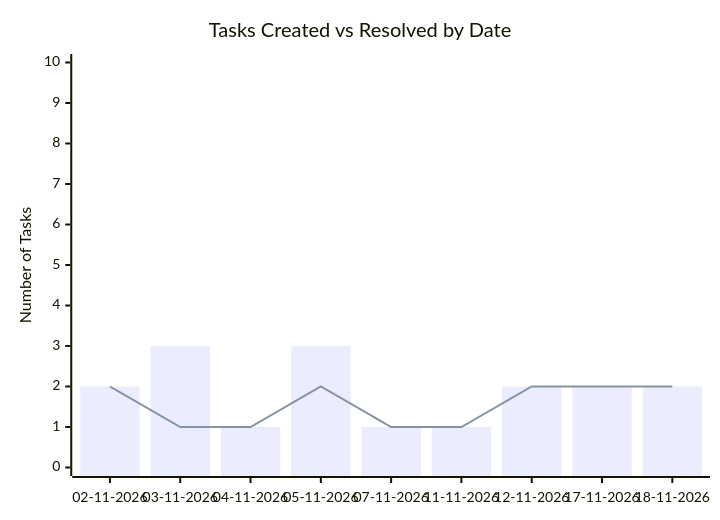
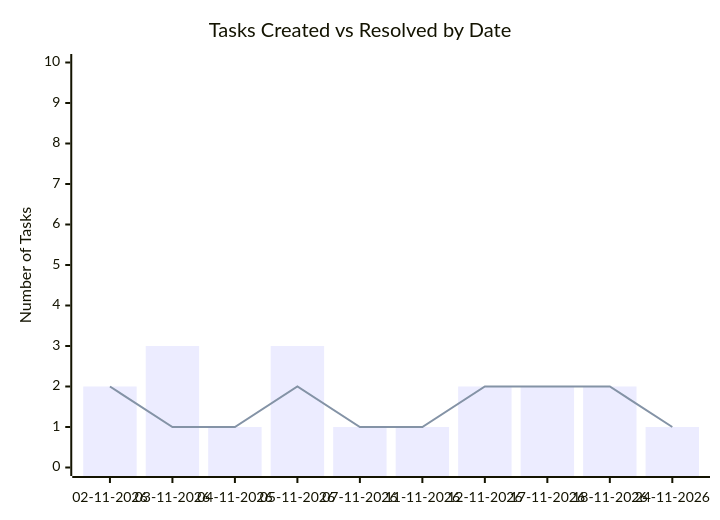
Before and after one commit to sagarms97/MyWorkDairy: the second of 2 diagrams in KUD/Analytics.md, drawn with Mermaid. The commit also changed other lines of this file and 6 other files, not shown here.

````diff
--- a/KUD/Analytics.md
+++ b/KUD/Analytics.md
@@ -32,8 +33,8 @@
 ```mermaid
 xychart-beta
     title "Tasks Created vs Resolved by Date"
-    x-axis ["02-11-2026", "03-11-2026", "04-11-2026", "05-11-2026", "07-11-2026", "11-11-2026", "12-11-2026", "17-11-2026", "18-11-2026"]
+    x-axis ["02-11-2026", "03-11-2026", "04-11-2026", "05-11-2026", "07-11-2026", "11-11-2026", "12-11-2026", "17-11-2026", "18-11-2026", "24-11-2026"]
     y-axis "Number of Tasks" 0 --> 10
-    bar [2, 3, 1, 3, 1, 1, 2, 2, 2]
-    line [2, 1, 1, 2, 1, 1, 2, 2, 2]
+    bar [2, 3, 1, 3, 1, 1, 2, 2, 2, 1]
+    line [2, 1, 1, 2, 1, 1, 2, 2, 2, 1]
 ```
````
